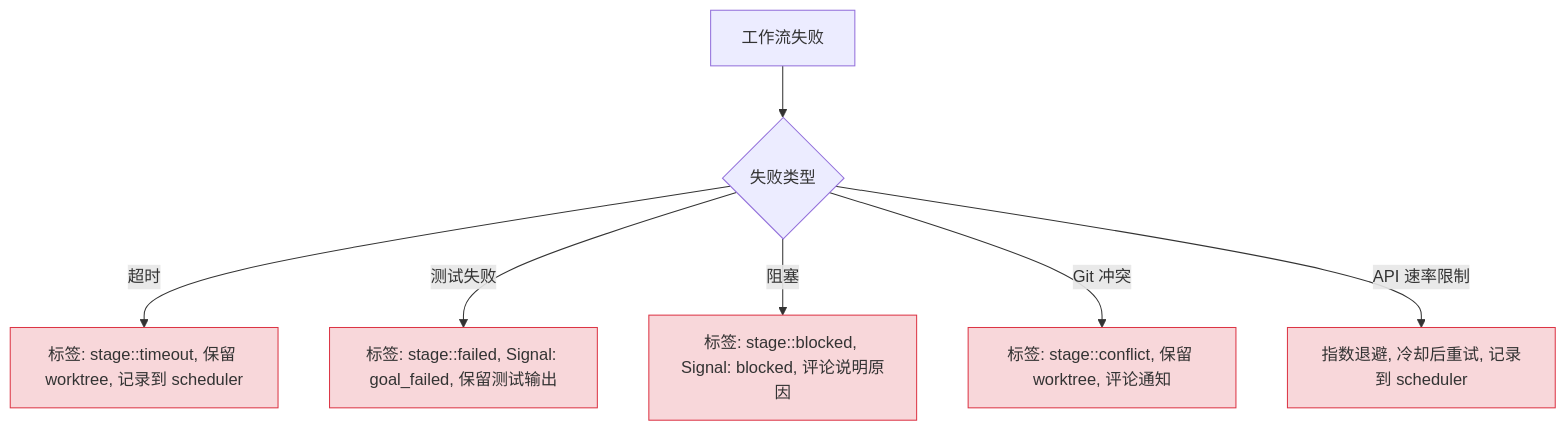
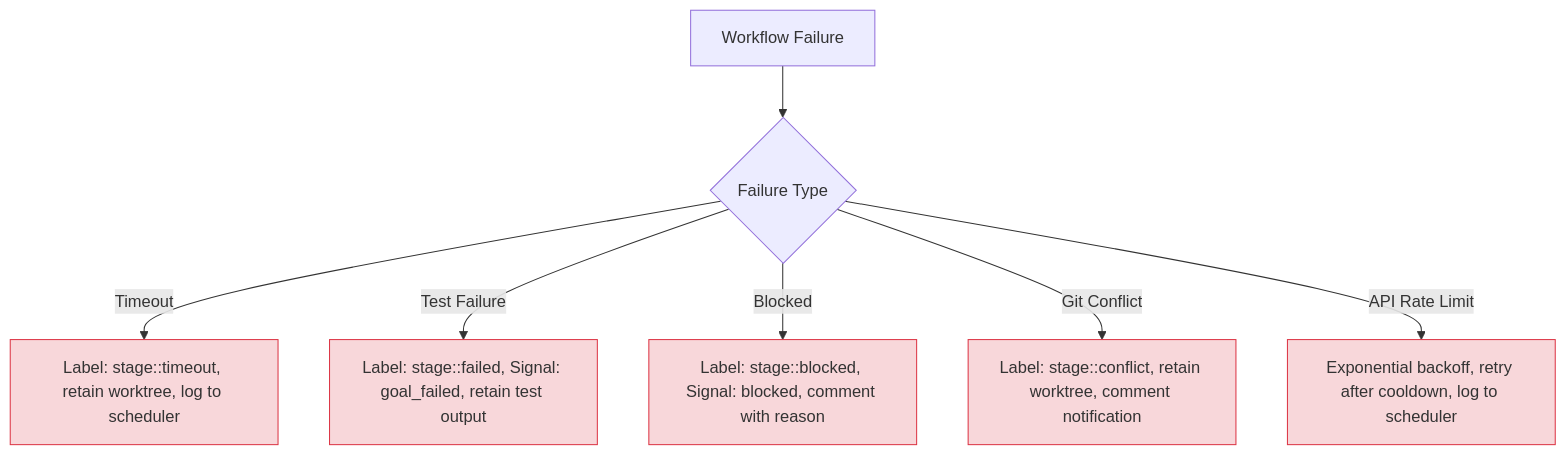
The seventh of 9 diagrams in docs/WORKFLOWS.md (easyhaloo/afk), drawn with Mermaid before and after one commit. The commit also changed other lines of this file, not shown here.

````diff
--- a/docs/WORKFLOWS.md
+++ b/docs/WORKFLOWS.md
@@ -406,13 +406,13 @@
 ```mermaid
 graph TD
-    Fail[工作流失败] --> Type{失败类型}
+    Fail[Workflow Failure] --> Type{Failure Type}
 
-    Type -->|超时| Timeout["标签: stage::timeout, 保留 worktree, 记录到 scheduler"]
-    Type -->|测试失败| TestFail["标签: stage::failed, Signal: goal_failed, 保留测试输出"]
-    Type -->|阻塞| Blocked["标签: stage::blocked, Signal: blocked, 评论说明原因"]
-    Type -->|Git 冲突| Conflict["标签: stage::conflict, 保留 worktree, 评论通知"]
-    Type -->|API 速率限制| RateLimit["指数退避, 冷却后重试, 记录到 scheduler"]
+    Type -->|Timeout| Timeout["Label: stage::timeout, retain worktree, log to scheduler"]
+    Type -->|Test Failure| TestFail["Label: stage::failed, Signal: goal_failed, retain test output"]
+    Type -->|Blocked| Blocked["Label: stage::blocked, Signal: blocked, comment with reason"]
+    Type -->|Git Conflict| Conflict["Label: stage::conflict, retain worktree, comment notification"]
+    Type -->|API Rate Limit| RateLimit["Exponential backoff, retry after cooldown, log to scheduler"]
 
     classDef error fill:#f8d7da,stroke:#dc3545
     class Timeout,TestFail,Blocked,Conflict,RateLimit error
 ```
````
